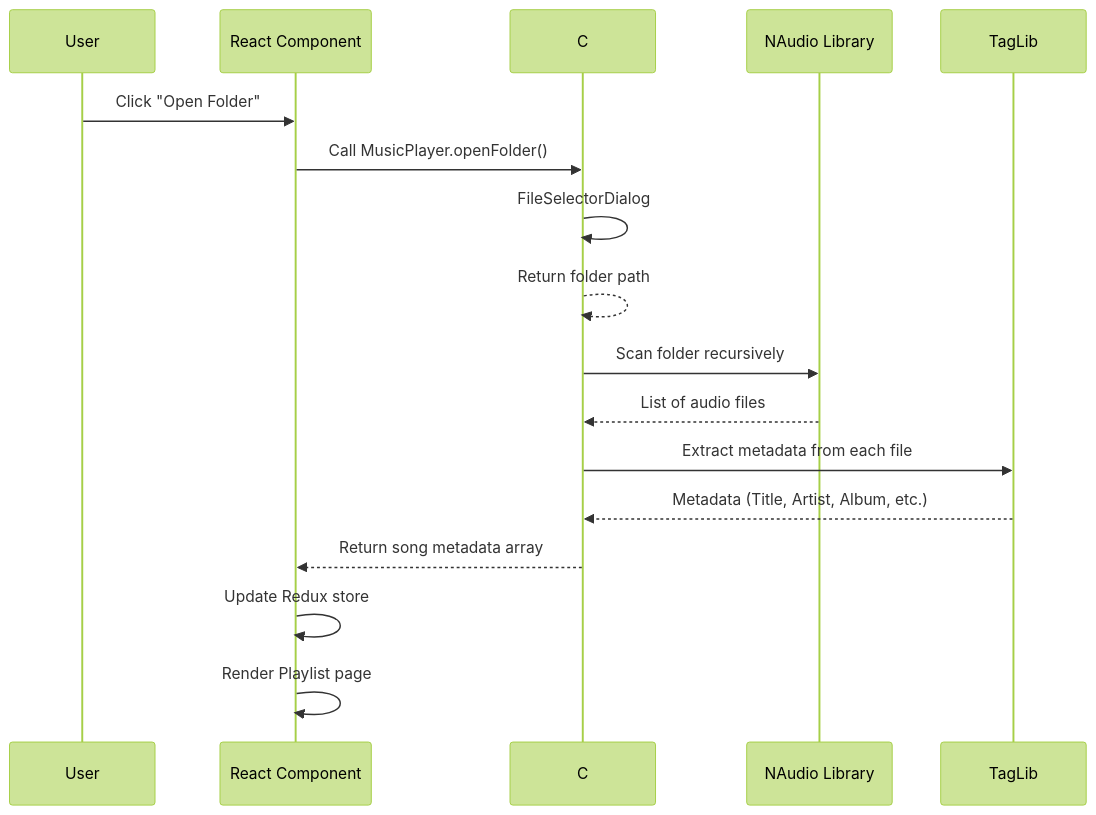
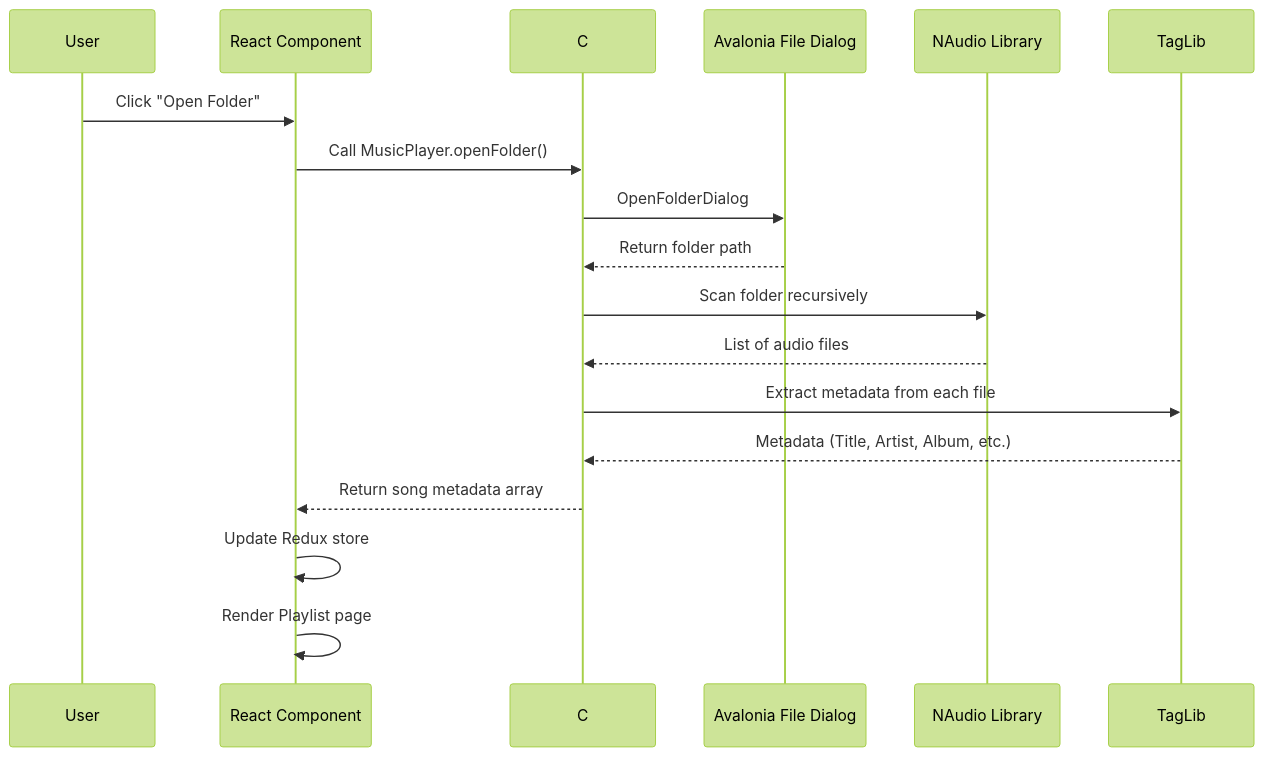
One commit to Dinand01/MusicPlayer changed the third of 7 diagrams in docs/HOW-IT-WORKS.md. Above: the diagram before and after it, drawn with Mermaid (forest theme). The commit also changed other lines of this file and 19 other files, not shown here.

````diff
--- a/docs/HOW-IT-WORKS.md
+++ b/docs/HOW-IT-WORKS.md
@@ -103,20 +109,21 @@
 ```mermaid
 sequenceDiagram
     participant User as User
     participant React as React Component
     participant C# as C# Bridge
+    participant Dialog as Avalonia File Dialog
     participant NAudio as NAudio Library
     participant TagLib as TagLib# 2.1.0
 
     User->>React: Click "Open Folder"
     React->>C#: Call MusicPlayer.openFolder()
-    C#->>C#: FileSelectorDialog
-    C#-->>C#: Return folder path
+    C#->>Dialog: OpenFolderDialog
+    Dialog-->>C#: Return folder path
     C#->>NAudio: Scan folder recursively
     NAudio-->>C#: List of audio files
     C#->>TagLib: Extract metadata from each file
     TagLib-->>C#: Metadata (Title, Artist, Album, etc.)
     C#-->>React: Return song metadata array
     React->>React: Update Redux store
     React->>React: Render Playlist page
 ```
````
